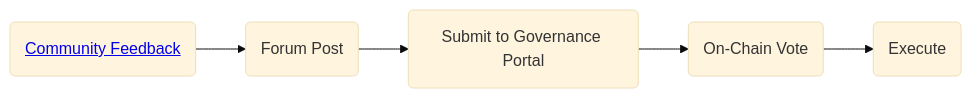
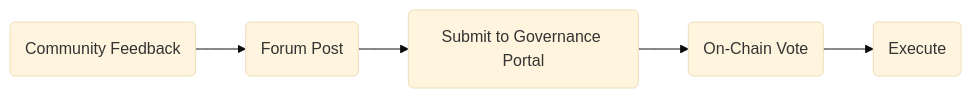
One commit to AudiusProject/audius-protocol changed the diagram in docs/docs/learn/contributing/governance.mdx. Above: the diagram before and after it, drawn with Mermaid (base theme). The commit also changed other lines of this file, not shown here.

Commit message:
remove outdated governance info

````diff
--- a/docs/docs/learn/contributing/governance.mdx
+++ b/docs/docs/learn/contributing/governance.mdx
@@ -55,5 +53,5 @@
 ```mermaid
 flowchart LR
-  A(<a href='/learn/contributing/governance#governance-discord'>Community Feedback</a>)-->B(Forum Post)-->C(Submit to Governance Portal)-->D(On-Chain Vote)-->E(Execute);
+  A(Community Feedback)-->B(Forum Post)-->C(Submit to Governance Portal)-->D(On-Chain Vote)-->E(Execute);
 
 ```
````
